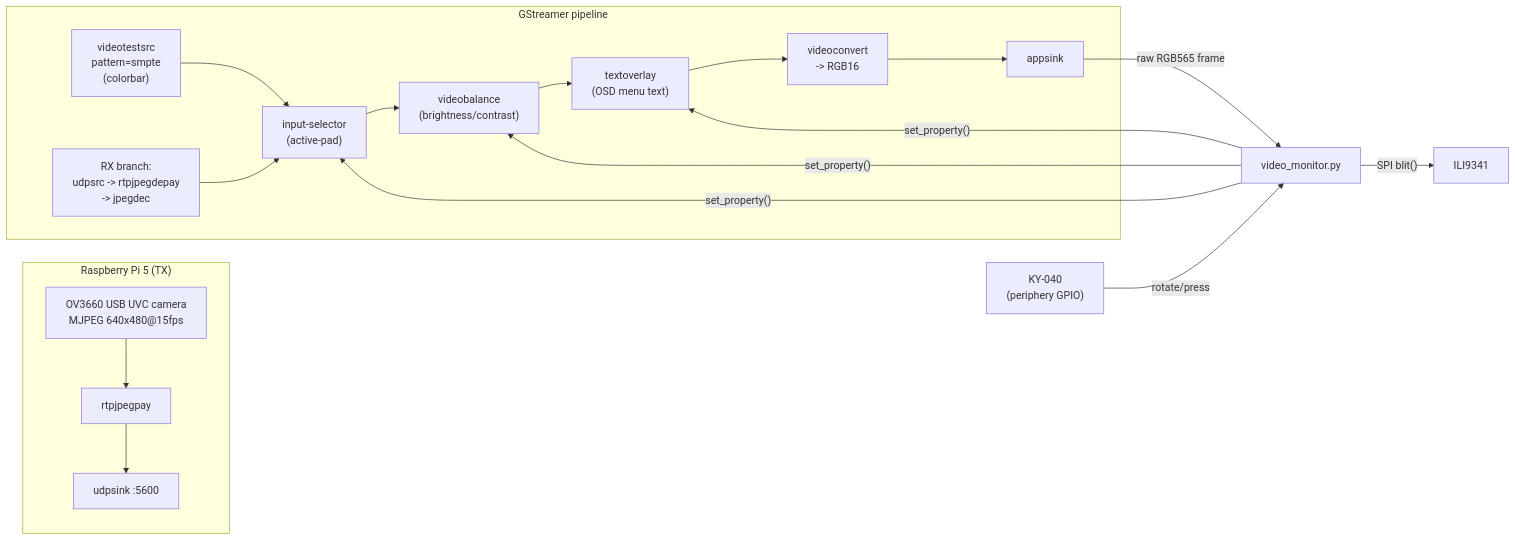
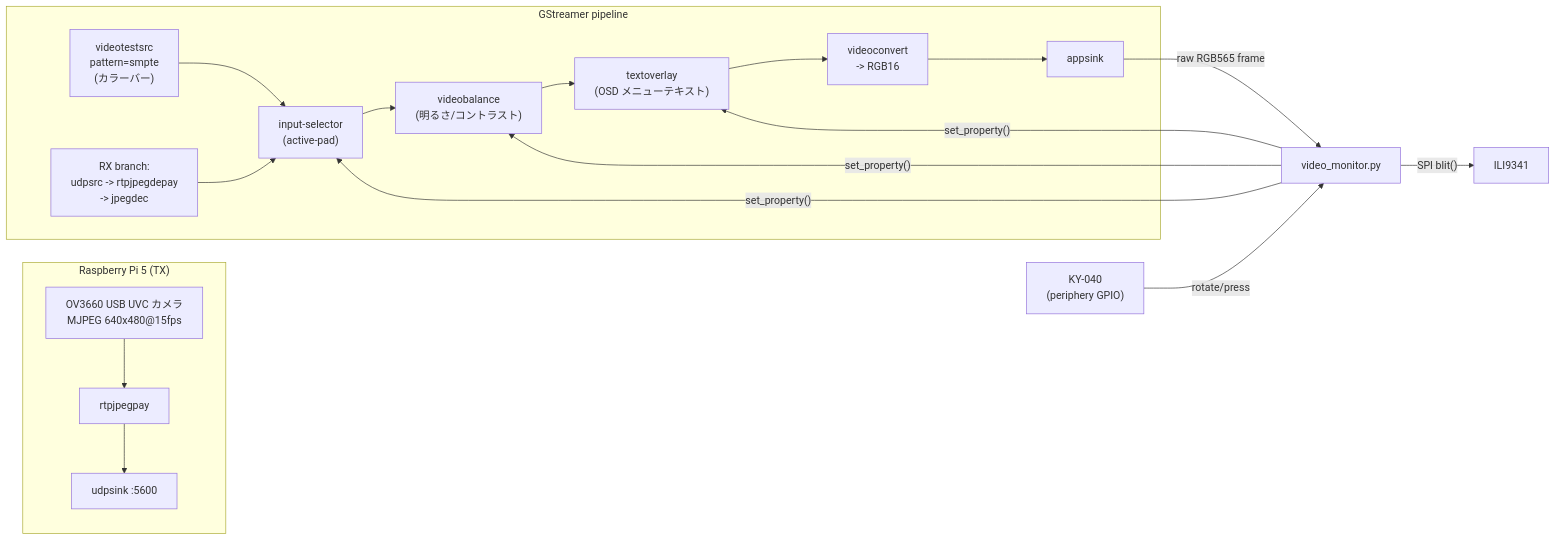
The diagram in README.md (ThousandsOfTies/gar-stream-rx), drawn with Mermaid before and after one commit. The commit also changed other lines of this file and 6 other files, not shown here.

````diff
--- a/README.md
+++ b/README.md
@@ -44,20 +48,20 @@
 ```mermaid
 flowchart LR
     subgraph TX ["Raspberry Pi 5 (TX)"]
-        CAM["OV3660 USB UVC camera\nMJPEG 640x480@15fps"] --> PAY["rtpjpegpay"] --> UDP["udpsink :5600"]
+        CAM["OV3660 USB UVC カメラ\nMJPEG 640x480@15fps"] --> PAY["rtpjpegpay"] --> UDP["udpsink :5600"]
     end
     subgraph GStreamer pipeline
-        A["videotestsrc\npattern=smpte\n(colorbar)"] --> S["input-selector\n(active-pad)"]
+        A["videotestsrc\npattern=smpte\n(カラーバー)"] --> S["input-selector\n(active-pad)"]
         B["RX branch:\nudpsrc -> rtpjpegdepay\n-> jpegdec"] --> S
-        S --> V["videobalance\n(brightness/contrast)"]
-        V --> O["textoverlay\n(OSD menu text)"]
+        S --> V["videobalance\n(明るさ/コントラスト)"]
+        V --> O["textoverlay\n(OSD メニューテキスト)"]
         O --> C["videoconvert\n-> RGB16"]
         C --> AS["appsink"]
     end
     AS -- "raw RGB565 frame" --> PY["video_monitor.py"]
     PY -- "SPI blit()" --> ILI["ILI9341"]
     KY["KY-040\n(periphery GPIO)"] -- "rotate/press" --> PY
     PY -- "set_property()" --> S
     PY -- "set_property()" --> V
     PY -- "set_property()" --> O
 ```
````
